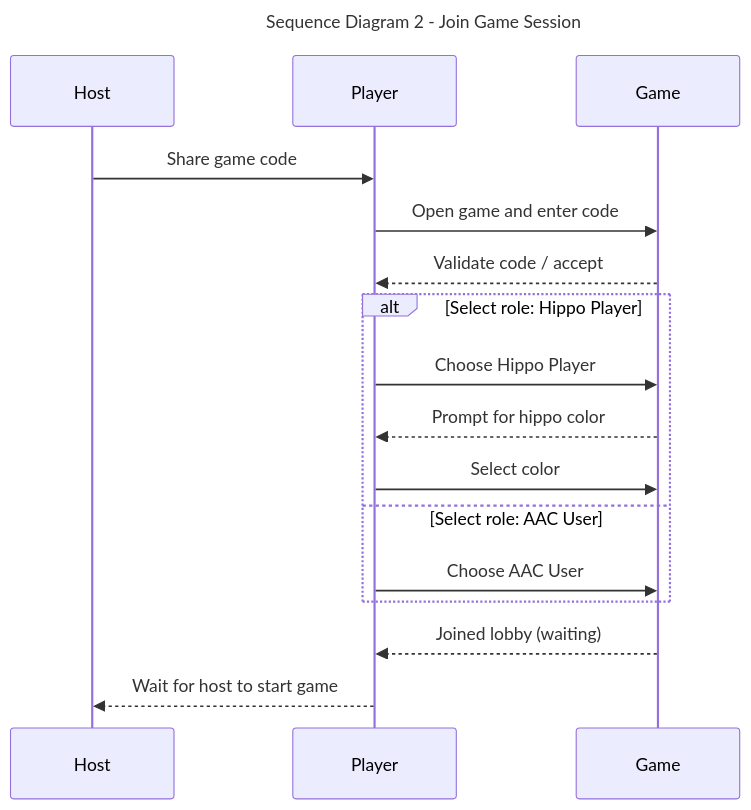
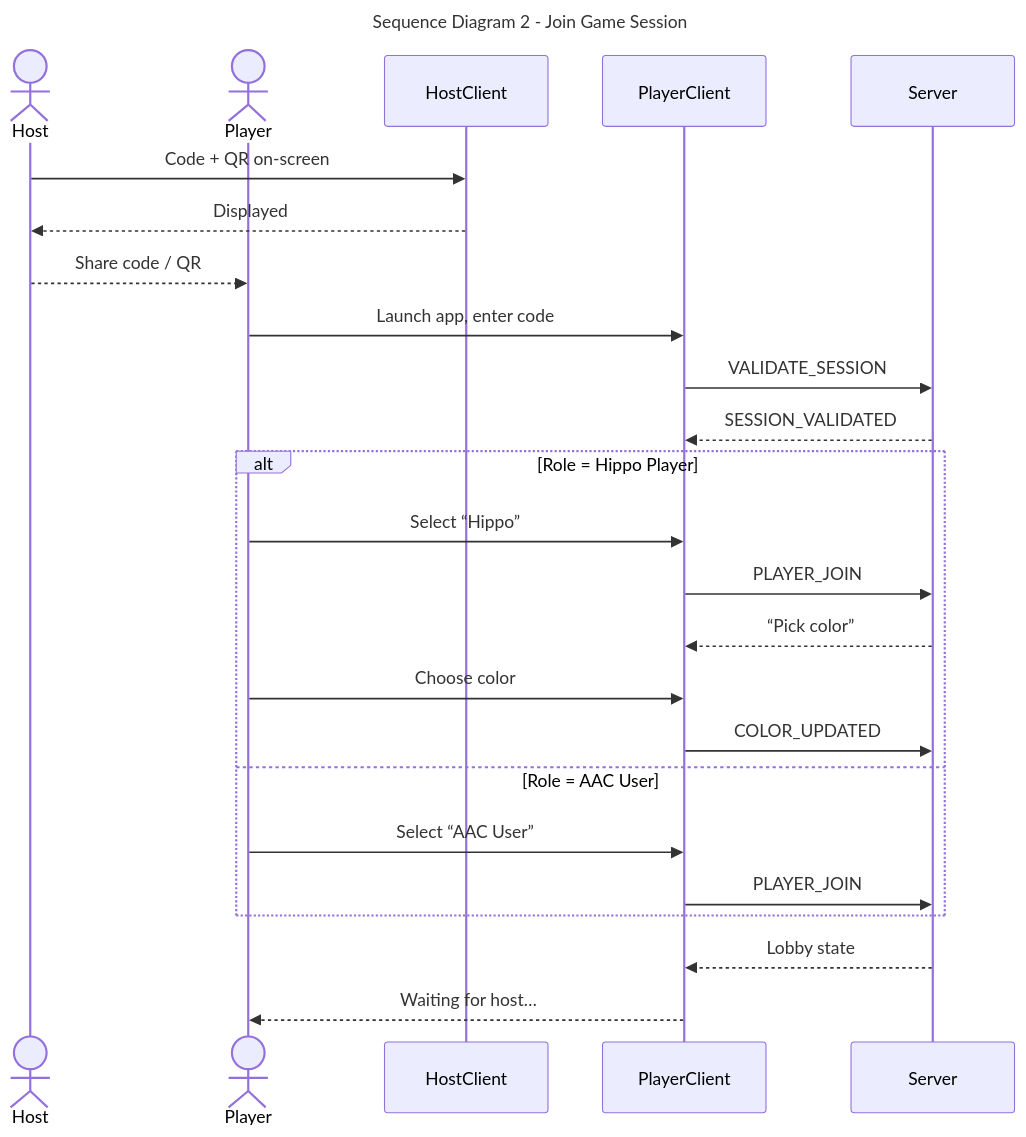
Before and after one commit to tug74295/project-acc-hungry-hippos: the second of 7 diagrams in documentation/docs/system-architecture/sequence-diagrams.md, drawn with Mermaid. The commit also changed other lines of this file and 1 other file, not shown here.

Commit message:
Fix sequence diagram 1 and 2

````diff
--- a/documentation/docs/system-architecture/sequence-diagrams.md
+++ b/documentation/docs/system-architecture/sequence-diagrams.md
@@ -55,26 +63,38 @@
 ```mermaid
 ---
 title: Sequence Diagram 2 - Join Game Session
 ---
 
 sequenceDiagram
-    participant Host
-    participant Player
-    participant Game
+    actor Host
+    actor Player
 
-    Host->>Player: Share game code
-    Player->>Game: Open game and enter code
-    Game-->>Player: Validate code / accept
-    alt Select role: Hippo Player
-        Player->>Game: Choose Hippo Player
-        Game-->>Player: Prompt for hippo color
-        Player->>Game: Select color
-    else Select role: AAC User
-        Player->>Game: Choose AAC User
+    participant HostClient
+    participant PlayerClient
+    participant Server
+
+    Host ->> HostClient: Code + QR on-screen
+    HostClient -->> Host: Displayed
+    Host -->> Player: Share code / QR
+
+    Player ->> PlayerClient: Launch app, enter code
+    PlayerClient ->> Server: VALIDATE_SESSION
+    Server -->> PlayerClient: SESSION_VALIDATED
+
+    alt Role = Hippo Player
+        Player ->> PlayerClient: Select “Hippo”
+        PlayerClient ->> Server: PLAYER_JOIN
+        Server -->> PlayerClient: “Pick color”
+        Player ->> PlayerClient: Choose color
+        PlayerClient ->> Server: COLOR_UPDATED
+    else Role = AAC User
+        Player ->> PlayerClient: Select “AAC User”
+        PlayerClient ->> Server: PLAYER_JOIN
     end
-    Game-->>Player: Joined lobby (waiting)
-    Player-->>Host: Wait for host to start game
+
+    Server -->> PlayerClient: Lobby state
+    PlayerClient -->> Player: Waiting for host…
 
 
 
 ```
````
